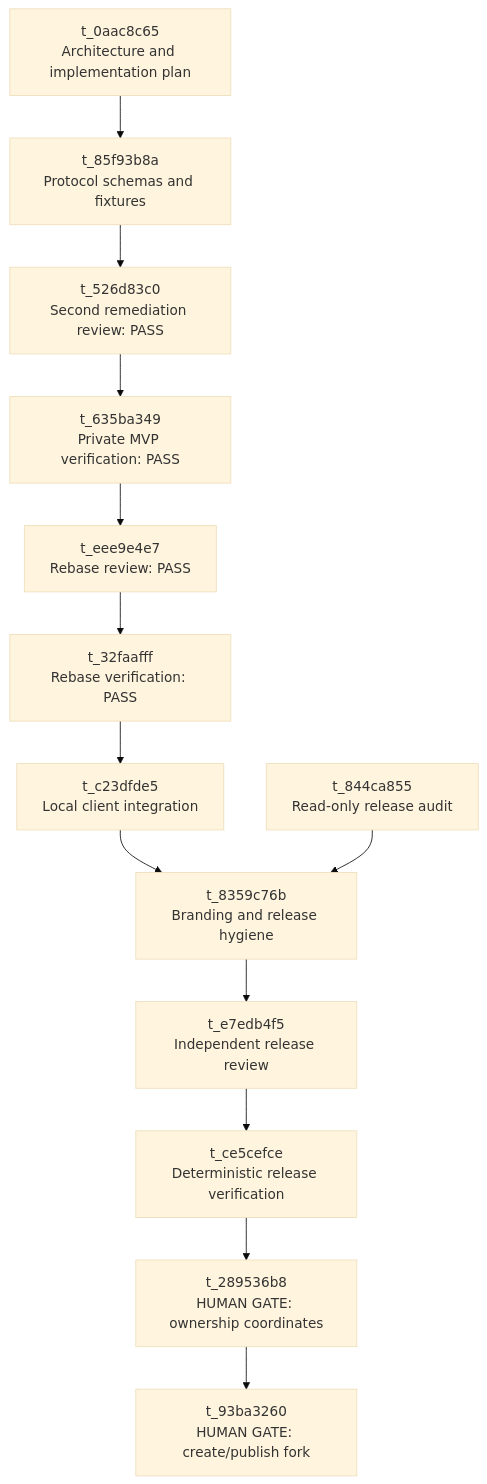
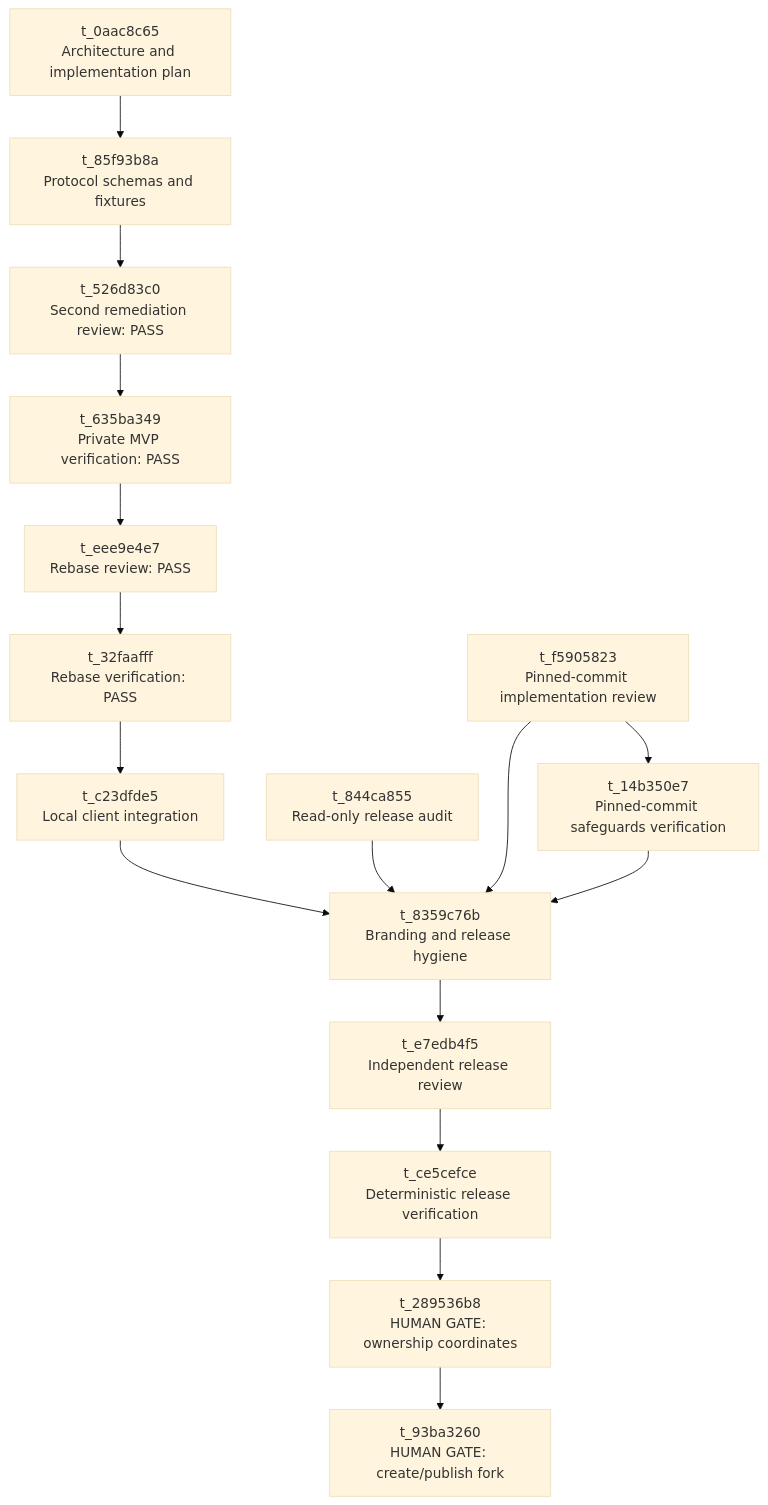
Before and after one commit to l4l4l4l4/barebuh: the diagram in docs/workstreams.md, drawn with Mermaid (base theme). The commit also changed other lines of this file, not shown here.

Commit message:
Docs: record release review gate IDs
Record the active pinned-commit review and verification tasks in the Kanban DAG while preserving the post-completion release and human-publication gates.

````diff
--- a/docs/workstreams.md
+++ b/docs/workstreams.md
@@ -7,29 +7,34 @@
 ```mermaid
 flowchart TD
   A["t_0aac8c65<br/>Architecture and implementation plan"]
   P["t_85f93b8a<br/>Protocol schemas and fixtures"]
   R2["t_526d83c0<br/>Second remediation review: PASS"]
   V0["t_635ba349<br/>Private MVP verification: PASS"]
   RR["t_eee9e4e7<br/>Rebase review: PASS"]
   RV["t_32faafff<br/>Rebase verification: PASS"]
   I["t_c23dfde5<br/>Local client integration"]
   A1["t_844ca855<br/>Read-only release audit"]
+  PR["t_f5905823<br/>Pinned-commit implementation review"]
+  PV["t_14b350e7<br/>Pinned-commit safeguards verification"]
   H["t_8359c76b<br/>Branding and release hygiene"]
   R["t_e7edb4f5<br/>Independent release review"]
   V["t_ce5cefce<br/>Deterministic release verification"]
   O["t_289536b8<br/>HUMAN GATE: ownership coordinates"]
   X["t_93ba3260<br/>HUMAN GATE: create/publish fork"]
 
   A --> P
   P --> R2
   R2 --> V0
   V0 --> RR
   RR --> RV
   RV --> I
   I --> H
   A1 --> H
+  PR --> PV
+  PR --> H
+  PV --> H
   H --> R
   R --> V
   V --> O
   O --> X
 ```
````
